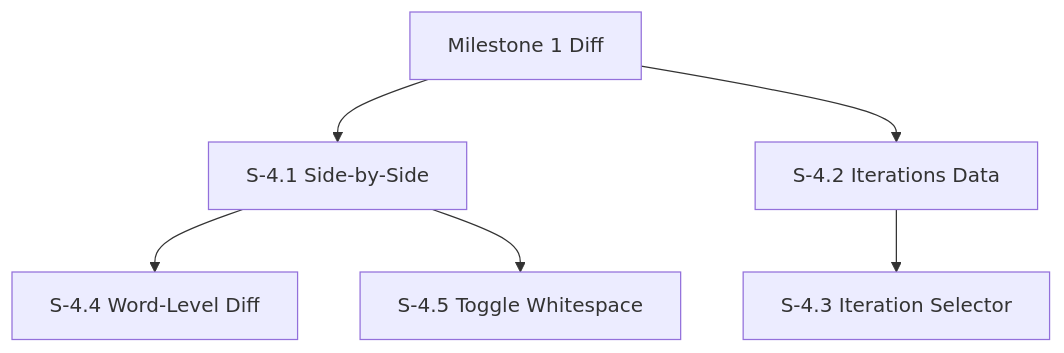
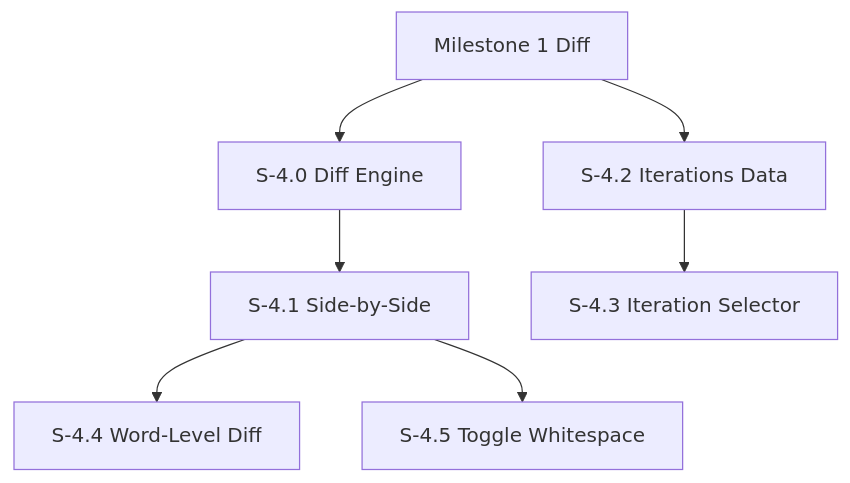
The diagram in spec/stories/milestone-4-advanced-diff.md (pedropaulovc/codjiflo), drawn with Mermaid before and after one commit. The commit also changed other lines of this file and 6 other files, not shown here.

Commit message:
docs: add architecture plan and scaffolding stories

````diff
--- a/spec/stories/milestone-4-advanced-diff.md
+++ b/spec/stories/milestone-4-advanced-diff.md
@@ -13,8 +16,9 @@
 ```mermaid
 graph TD
-    M1[Milestone 1 Diff] --> S4.1[S-4.1 Side-by-Side]
+    M1[Milestone 1 Diff] --> S4.0[S-4.0 Diff Engine]
+    S4.0 --> S4.1[S-4.1 Side-by-Side]
     M1 --> S4.2[S-4.2 Iterations Data]
     S4.2 --> S4.3[S-4.3 Iteration Selector]
     S4.1 --> S4.4[S-4.4 Word-Level Diff]
     S4.1 --> S4.5[S-4.5 Toggle Whitespace]
 ```
````
